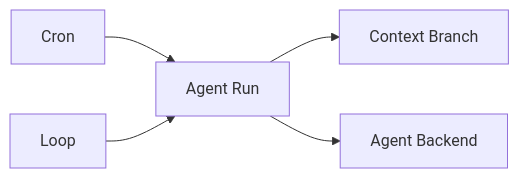
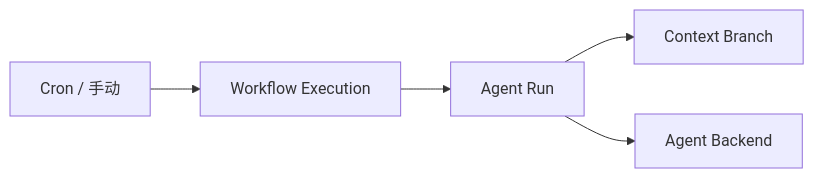
One commit to Chengchcc/my-agent-dev changed the third of 3 diagrams in docs/architecture/map.md. Above: the diagram before and after it, drawn with Mermaid. The commit also changed other lines of this file and 3 other files, not shown here.

````diff
--- a/docs/architecture/map.md
+++ b/docs/architecture/map.md
@@ -63,7 +63,7 @@
 ```mermaid
 flowchart LR
-  Cron[Cron] --> Run[Agent Run]
-  Loop[Loop] --> Run
+  Trigger[Cron / 手动] --> Exec[Workflow Execution]
+  Exec --> Run[Agent Run]
   Run --> Branch[Context Branch]
   Run --> Backend[Agent Backend]
 ```
````
